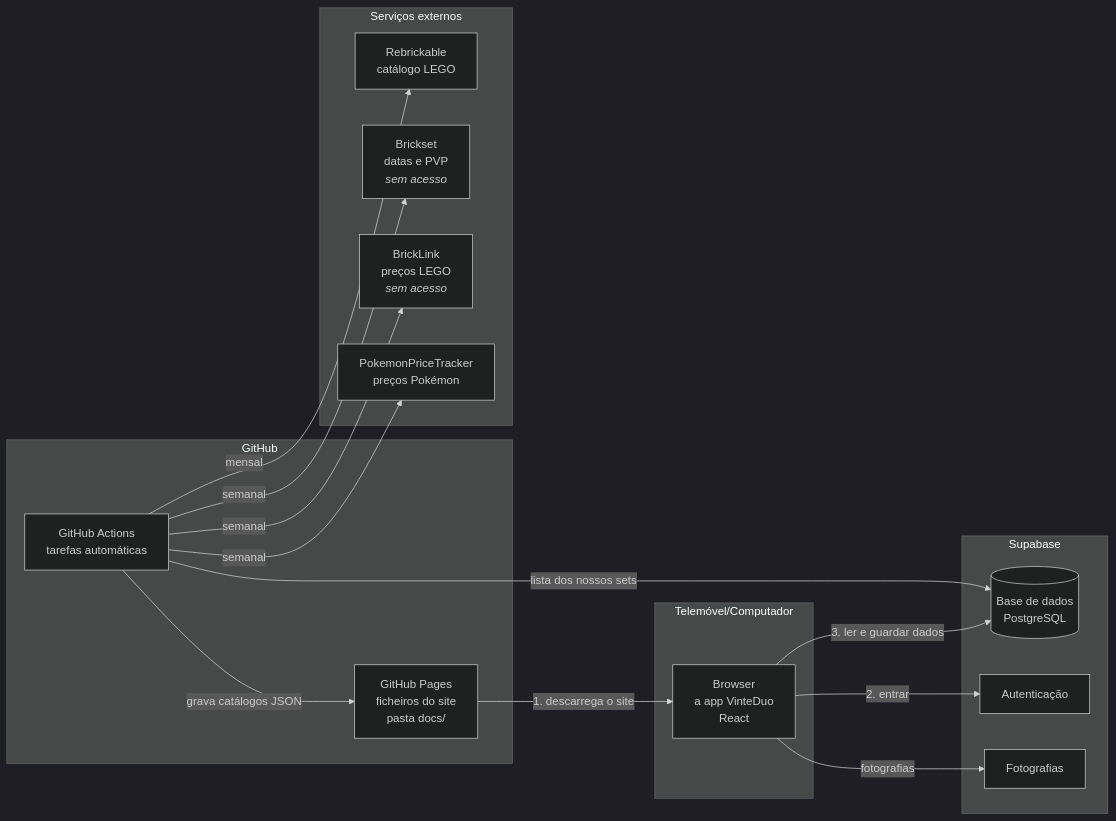
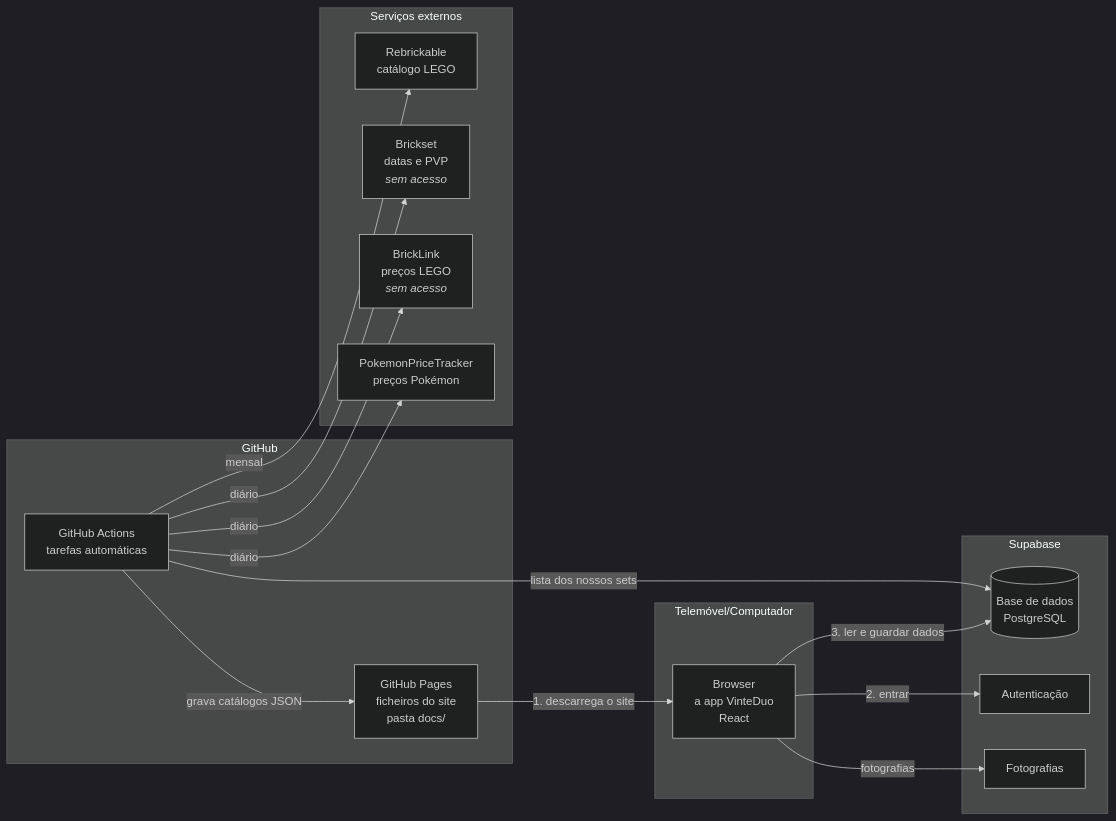
One commit to RicardoMarquesCardoso/gestao-vinted changed the first of 4 diagrams in README.md. Above: the diagram before and after it, drawn with Mermaid (dark theme). The commit also changed other lines of this file and 5 other files, not shown here.

````diff
--- a/README.md
+++ b/README.md
@@ -48,30 +48,30 @@
 ```mermaid
 flowchart LR
   subgraph Telemóvel/Computador
     A[Browser<br/>a app VinteDuo<br/>React]
   end
   subgraph GitHub
     P[GitHub Pages<br/>ficheiros do site<br/>pasta docs/]
     G[GitHub Actions<br/>tarefas automáticas]
   end
   subgraph Supabase
     DB[(Base de dados<br/>PostgreSQL)]
     AU[Autenticação]
     ST[Fotografias]
   end
   subgraph Serviços externos
     RB[Rebrickable<br/>catálogo LEGO]
     BS[Brickset<br/>datas e PVP<br/><i>sem acesso</i>]
     BL[BrickLink<br/>preços LEGO<br/><i>sem acesso</i>]
     PT[PokemonPriceTracker<br/>preços Pokémon]
   end
 
   P -- "1. descarrega o site" --> A
   A -- "2. entrar" --> AU
   A -- "3. ler e guardar dados" --> DB
   A -- fotografias --> ST
   G -- "mensal" --> RB
-  G -- "semanal" --> BS & BL & PT
+  G -- "diário" --> BS & BL & PT
   G -- "grava catálogos JSON" --> P
   G -- "lista dos nossos sets" --> DB
 ```
````
